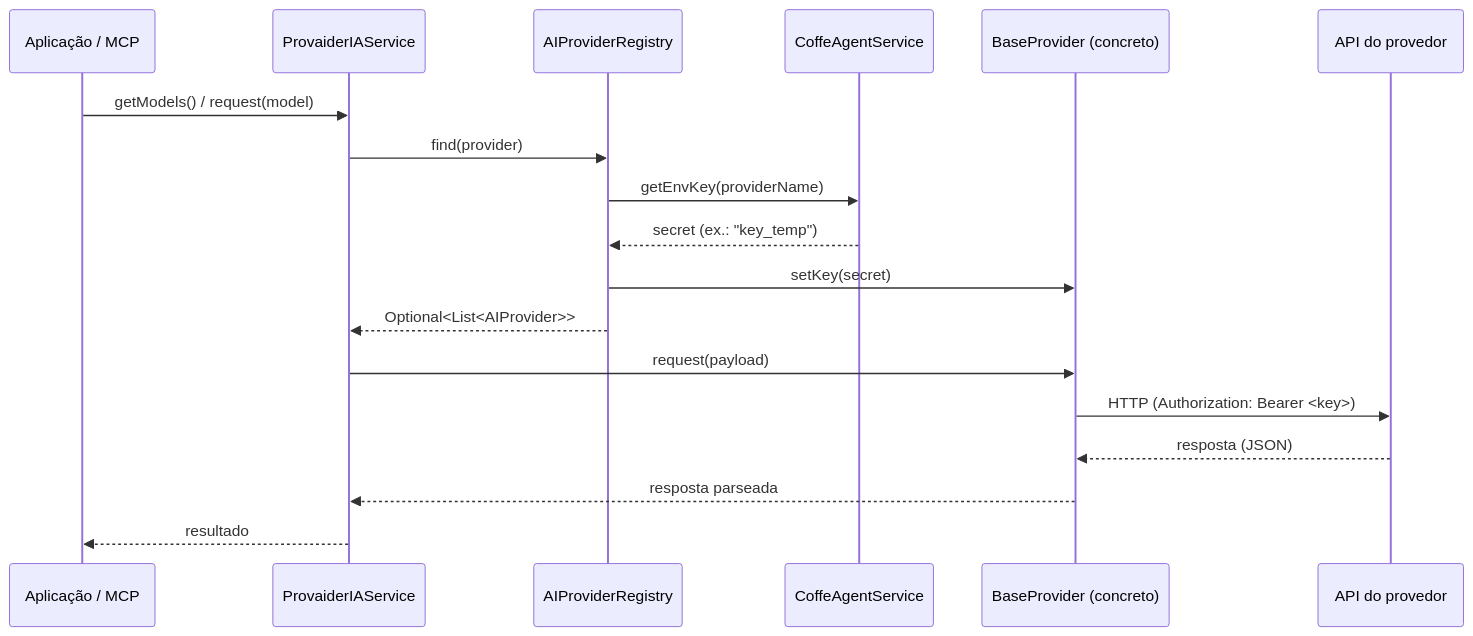
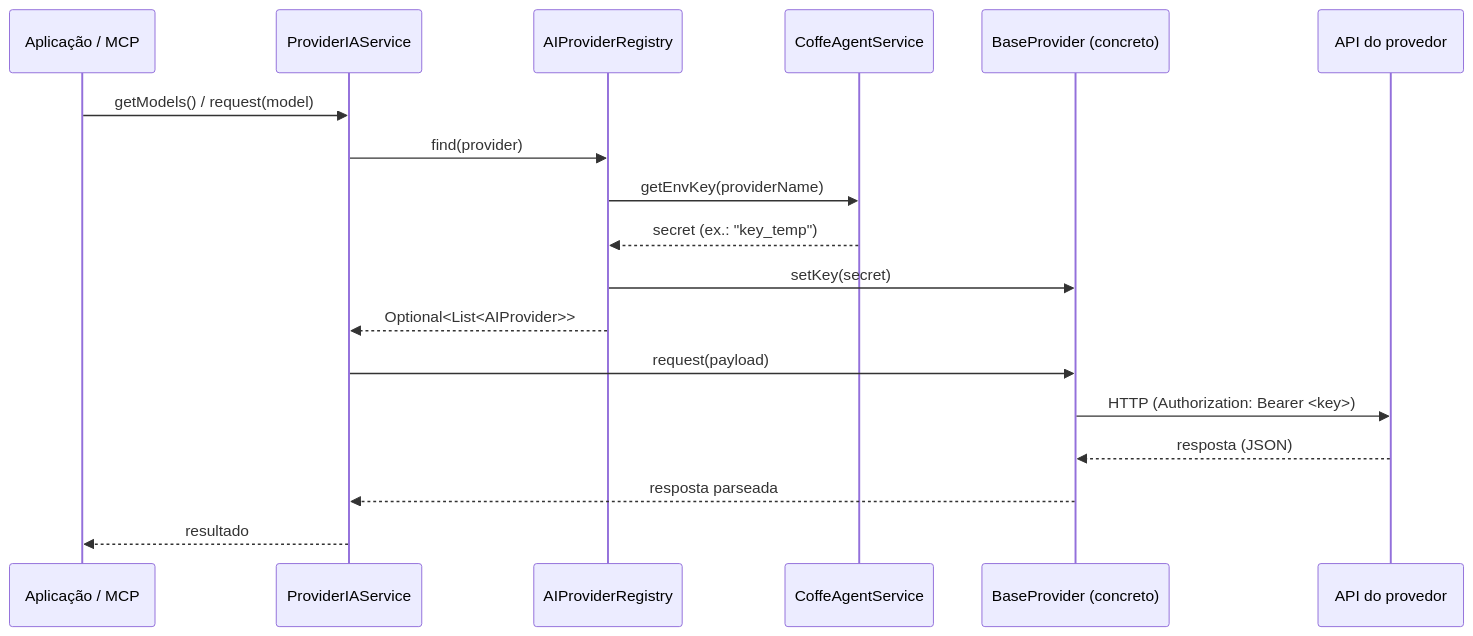
One commit to QuittoGames/coffe_server changed the diagram in docs/architecture/arquiteture.md. Above: the diagram before and after it, drawn with Mermaid. The commit also changed other lines of this file and 20 other files, not shown here.

First line of the commit message:
refactor: Update architecture documentation and improve cookie handling

````diff
--- a/docs/architecture/arquiteture.md
+++ b/docs/architecture/arquiteture.md
@@ -2340,21 +2349,21 @@
 ```mermaid
 sequenceDiagram
     participant App as Aplicação / MCP
-    participant Svc as ProvaiderIAService
+    participant Svc as ProviderIAService
     participant Reg as AIProviderRegistry
     participant Env as CoffeAgentService
     participant P as BaseProvider (concreto)
     participant API as API do provedor
 
     App->>Svc: getModels() / request(model)
     Svc->>Reg: find(provider)
     Reg->>Env: getEnvKey(providerName)
     Env-->>Reg: secret (ex.: "key_temp")
     Reg->>P: setKey(secret)
     Reg-->>Svc: Optional<List<AIProvider>>
     Svc->>P: request(payload)
     P->>API: HTTP (Authorization: Bearer <key>)
     API-->>P: resposta (JSON)
     P-->>Svc: resposta parseada
     Svc-->>App: resultado
 ```
````
